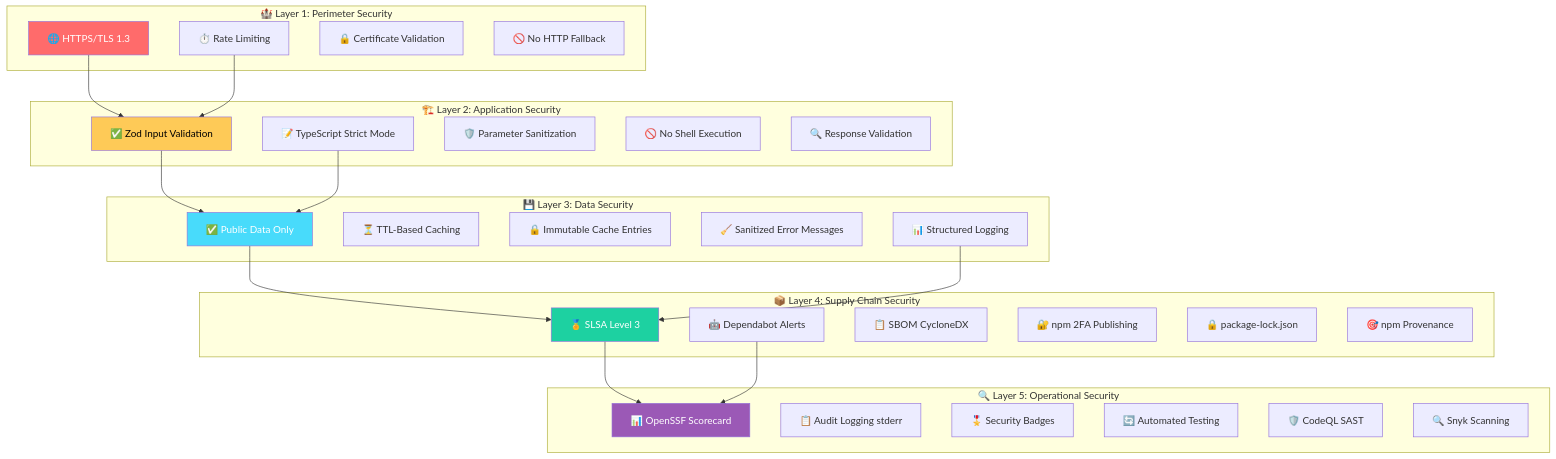
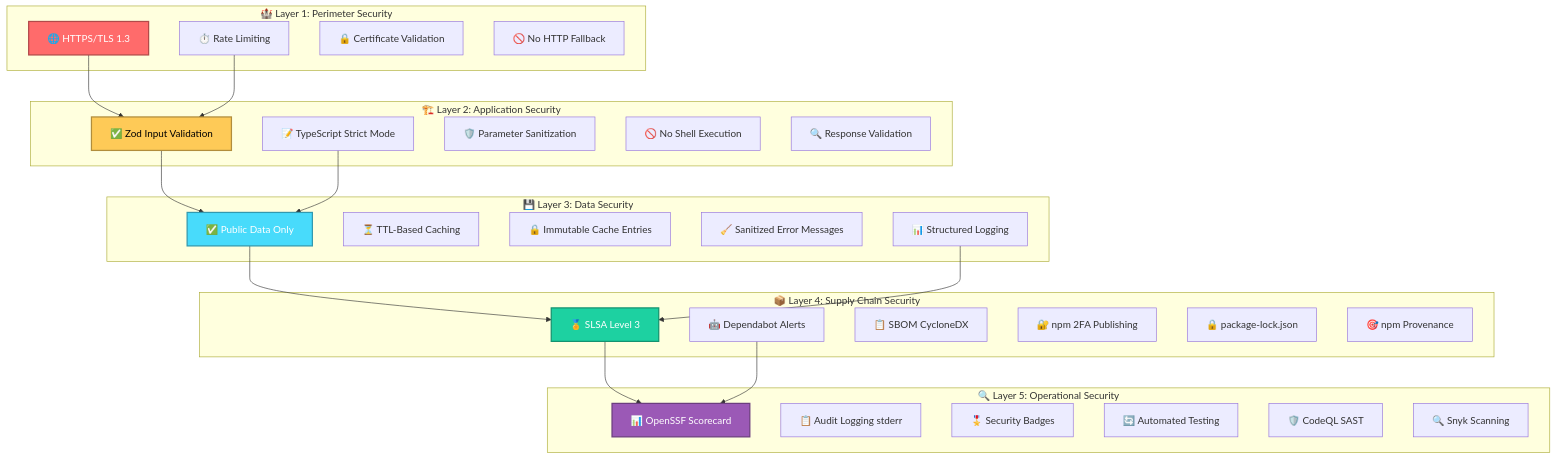
Before and after one commit to Hack23/European-Parliament-MCP-Server: diagram 21 of 21 in THREAT_MODEL.md, drawn with Mermaid. The commit also changed other lines of this file and 17 other files, not shown here.

````diff
--- a/THREAT_MODEL.md
+++ b/THREAT_MODEL.md
@@ -1764,63 +1859,68 @@
 ```mermaid
 graph TB
     subgraph "🏰 Layer 1: Perimeter Security"
         L1A[🌐 HTTPS/TLS 1.3]
         L1B[⏱️ Rate Limiting]
         L1C[🔒 Certificate Validation]
         L1D[🚫 No HTTP Fallback]
     end
     
     subgraph "🏗️ Layer 2: Application Security"
         L2A[✅ Zod Input Validation]
         L2B[📝 TypeScript Strict Mode]
         L2C[🛡️ Parameter Sanitization]
         L2D[🚫 No Shell Execution]
         L2E[🔍 Response Validation]
     end
     
     subgraph "💾 Layer 3: Data Security"
         L3A[✅ Public Data Only]
         L3B[⏳ TTL-Based Caching]
         L3C[🔒 Immutable Cache Entries]
         L3D[🧹 Sanitized Error Messages]
         L3E[📊 Structured Logging]
     end
     
     subgraph "📦 Layer 4: Supply Chain Security"
         L4A[🏅 SLSA Level 3]
         L4B[🤖 Dependabot Alerts]
         L4C[📋 SBOM CycloneDX]
         L4D[🔐 npm 2FA Publishing]
         L4E[🔒 package-lock.json]
         L4F[🎯 npm Provenance]
     end
     
     subgraph "🔍 Layer 5: Operational Security"
         L5A[📊 OpenSSF Scorecard]
         L5B[📋 Audit Logging stderr]
         L5C[🎖️ Security Badges]
         L5D[🔄 Automated Testing]
         L5E[🛡️ CodeQL SAST]
         L5F[🔍 Snyk Scanning]
     end
     
     L1A --> L2A
     L1B --> L2A
     L2A --> L3A
     L2B --> L3A
     L3A --> L4A
     L3E --> L4A
     L4A --> L5A
     L4B --> L5A
     
-    style L1A fill:#ff6b6b,color:#ffffff
+    style L1A fill:#ff6b6b,stroke:#b24a4a,stroke-width:2px,color:#ffffff
 
-    style L2A fill:#feca57,color:#000000
 
-    style L3A fill:#48dbfb,color:#ffffff
+    style L2A fill:#feca57,stroke:#b18d3c,stroke-width:2px,color:#000000
 
-    style L4A fill:#1dd1a1,color:#ffffff
 
-    style L5A fill:#9b59b6,color:#ffffff
+    style L3A fill:#48dbfb,stroke:#3299af,stroke-width:2px,color:#ffffff
+
+
+    style L4A fill:#1dd1a1,stroke:#149270,stroke-width:2px,color:#ffffff
+
+
+    style L5A fill:#9b59b6,stroke:#6c3e7f,stroke-width:2px,color:#ffffff
+
 
 ```
````
